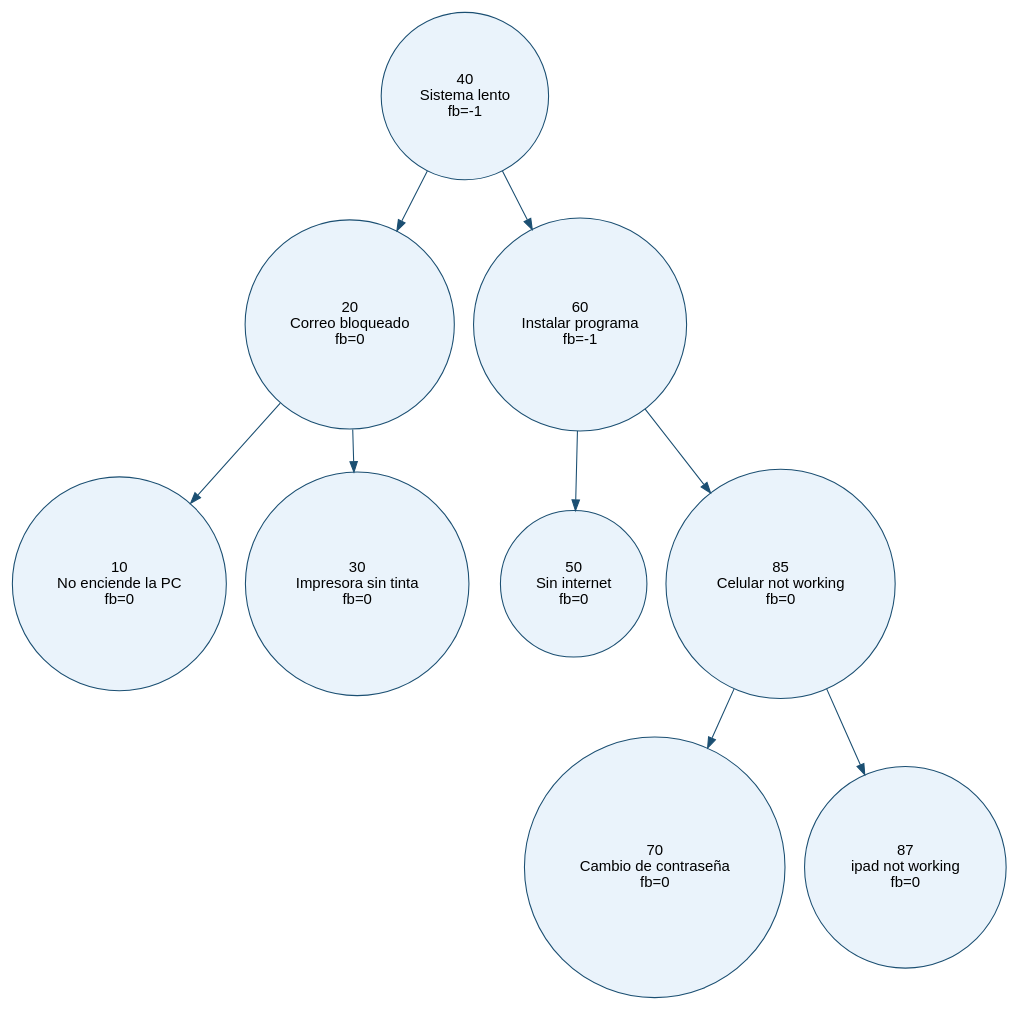
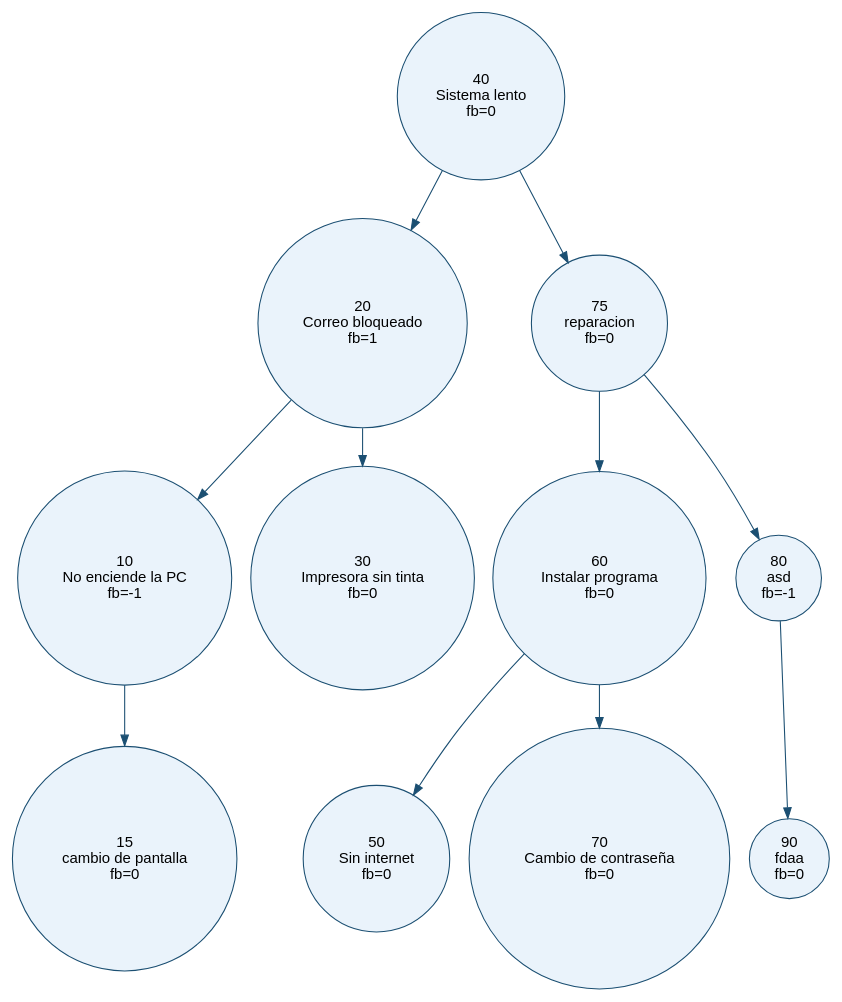
The diagram in Unidad 4 Estructuras No Lineales/EjemploAVL/avl.dot (EliezerGG/IPC2_Repositorio), drawn with Graphviz before and after one commit. The commit also changed 13 other files, not shown here.

First line of the commit message:
Add diagrams and update project structure for AVL tree implementation

```diff
--- a/Unidad 4 Estructuras No Lineales/EjemploAVL/avl.dot
+++ b/Unidad 4 Estructuras No Lineales/EjemploAVL/avl.dot
@@ -1,21 +1,25 @@
 digraph AVL {
   node [shape=circle, style=filled, fillcolor="#EAF3FB", color="#1B4F72", fontname="Helvetica"];
   edge [color="#1B4F72"];
-  40 [label="40\nSistema lento\nfb=-1"];
+  40 [label="40\nSistema lento\nfb=0"];
   40 -> 20;
-  20 [label="20\nCorreo bloqueado\nfb=0"];
+  20 [label="20\nCorreo bloqueado\nfb=1"];
   20 -> 10;
-  10 [label="10\nNo enciende la PC\nfb=0"];
+  10 [label="10\nNo enciende la PC\nfb=-1"];
+  10 -> 15;
+  15 [label="15\ncambio de pantalla\nfb=0"];
   20 -> 30;
   30 [label="30\nImpresora sin tinta\nfb=0"];
-  40 -> 60;
-  60 [label="60\nInstalar programa\nfb=-1"];
+  40 -> 75;
+  75 [label="75\nreparacion\nfb=0"];
+  75 -> 60;
+  60 [label="60\nInstalar programa\nfb=0"];
   60 -> 50;
   50 [label="50\nSin internet\nfb=0"];
-  60 -> 85;
-  85 [label="85\nCelular not working\nfb=0"];
-  85 -> 70;
+  60 -> 70;
   70 [label="70\nCambio de contraseña\nfb=0"];
-  85 -> 87;
-  87 [label="87\nipad not working\nfb=0"];
+  75 -> 80;
+  80 [label="80\nasd\nfb=-1"];
+  80 -> 90;
+  90 [label="90\nfdaa\nfb=0"];
 }
```
